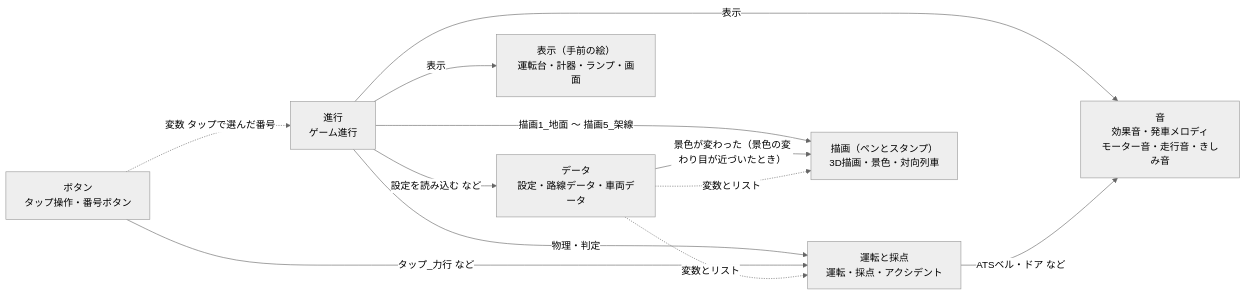
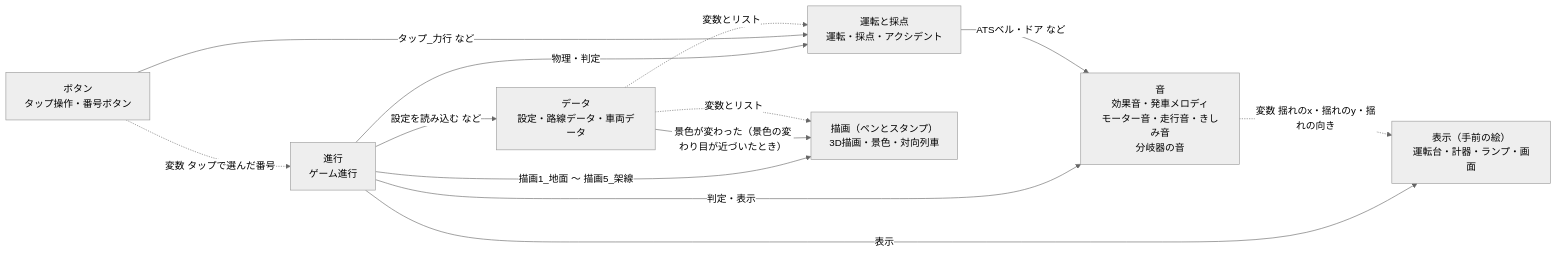
One commit to hagishun/TRAIN-GAME-TRIALE changed the first of 11 diagrams in docs/scratch-guide.md. Above: the diagram before and after it, drawn with Mermaid (neutral theme). The commit also changed other lines of this file and 13 other files, not shown here.

````diff
--- a/docs/scratch-guide.md
+++ b/docs/scratch-guide.md
@@ -161,21 +163,22 @@
 ```mermaid
 flowchart LR
   shinko["進行<br/>ゲーム進行"]
   data["データ<br/>設定・路線データ・車両データ"]
   unten["運転と採点<br/>運転・採点・アクシデント"]
   byoga["描画（ペンとスタンプ）<br/>3D描画・景色・対向列車"]
   hyouji["表示（手前の絵）<br/>運転台・計器・ランプ・画面"]
   button["ボタン<br/>タップ操作・番号ボタン"]
-  oto["音<br/>効果音・発車メロディ<br/>モーター音・走行音・きしみ音"]
+  oto["音<br/>効果音・発車メロディ<br/>モーター音・走行音・きしみ音<br/>分岐器の音"]
   shinko -->|"設定を読み込む など"| data
   shinko -->|"物理・判定"| unten
   shinko -->|"描画1_地面 〜 描画5_架線"| byoga
   shinko -->|"表示"| hyouji
-  shinko -->|"表示"| oto
+  shinko -->|"判定・表示"| oto
+  oto -.->|"変数 揺れのx・揺れのy・揺れの向き"| hyouji
   button -->|"タップ_力行 など"| unten
   button -.->|"変数 タップで選んだ番号"| shinko
   unten -->|"ATSベル・ドア など"| oto
   data -->|"景色が変わった（景色の変わり目が近づいたとき）"| byoga
   data -.->|"変数とリスト"| unten
   data -.->|"変数とリスト"| byoga
 ```
````
